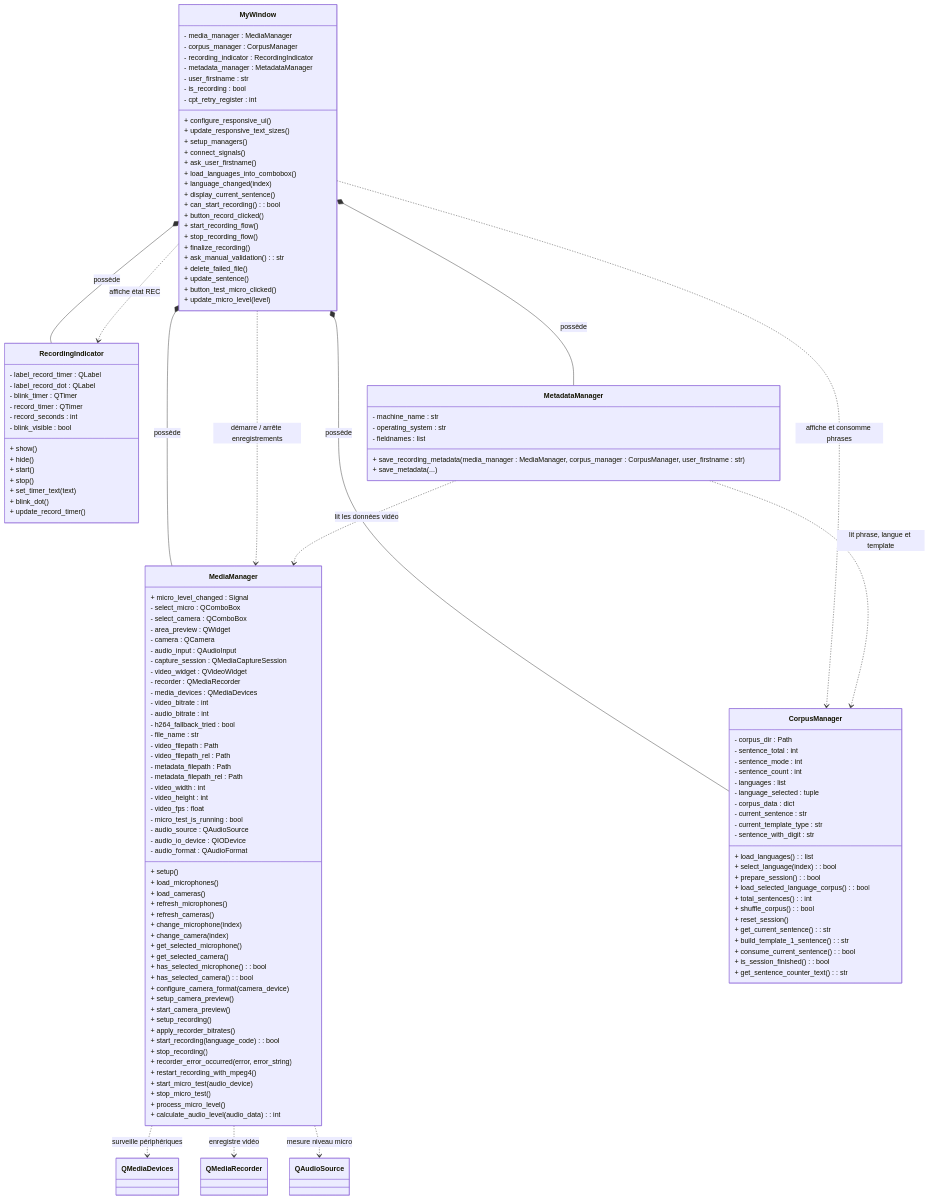
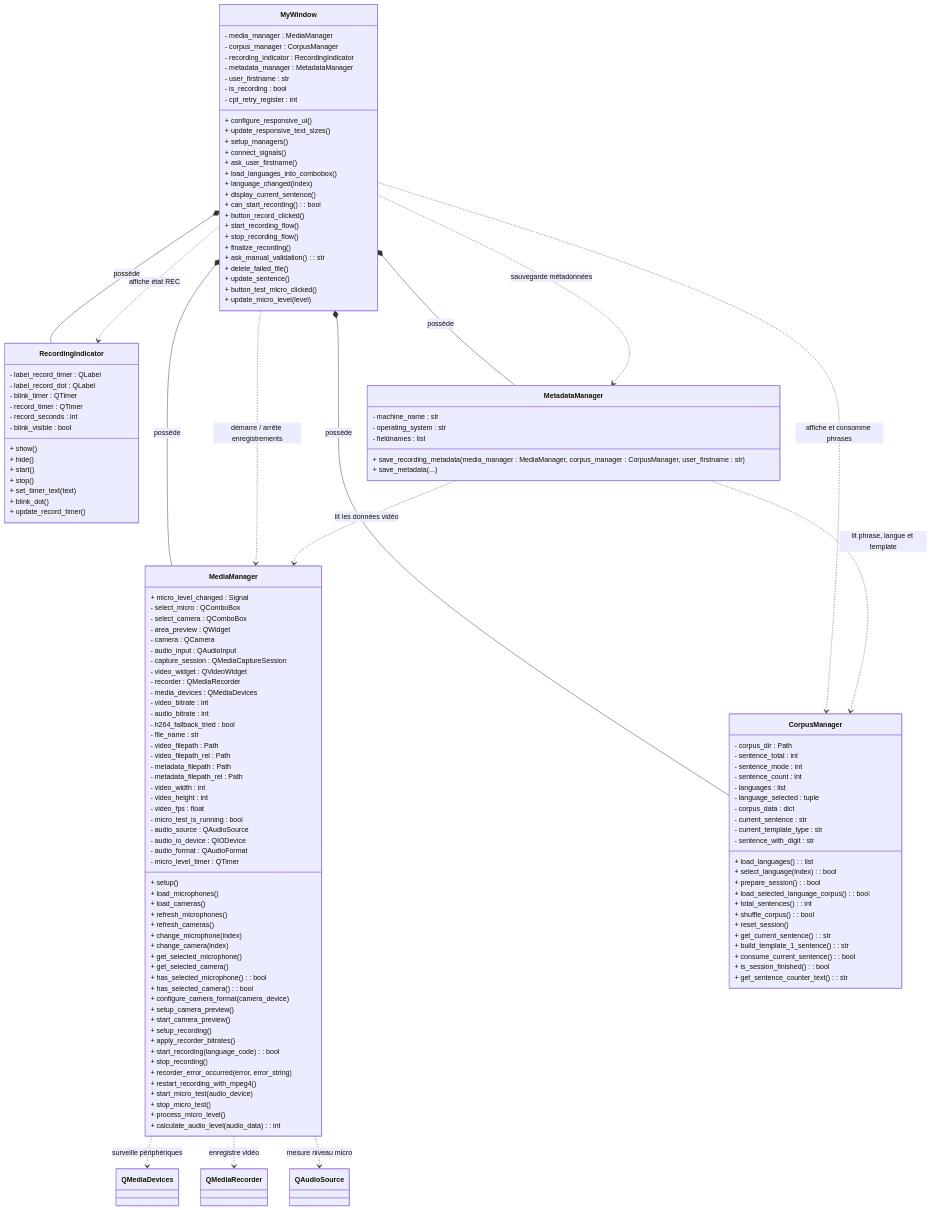
The third of 4 diagrams in acquisition_project/acquisition/README.md (Yoan-Lespessailles/acquisition_donnees), drawn with Mermaid before and after one commit. The commit also changed other lines of this file and 2 other files, not shown here.

```diff
--- a/acquisition_project/acquisition/README.md
+++ b/acquisition_project/acquisition/README.md
@@ -273,6 +280,7 @@
         - audio_source : QAudioSource
         - audio_io_device : QIODevice
         - audio_format : QAudioFormat
+        - micro_level_timer : QTimer
 
         + setup()
         + load_microphones()
@@ -360,6 +368,7 @@
     MyWindow ..> MediaManager : démarre / arrête enregistrements
     MyWindow ..> CorpusManager : affiche et consomme phrases
     MyWindow ..> RecordingIndicator : affiche état REC
+    MyWindow ..> MetadataManager : sauvegarde métadonnées
     MediaManager ..> QMediaDevices : surveille périphériques
     MediaManager ..> QMediaRecorder : enregistre vidéo
     MediaManager ..> QAudioSource : mesure niveau micro
```
